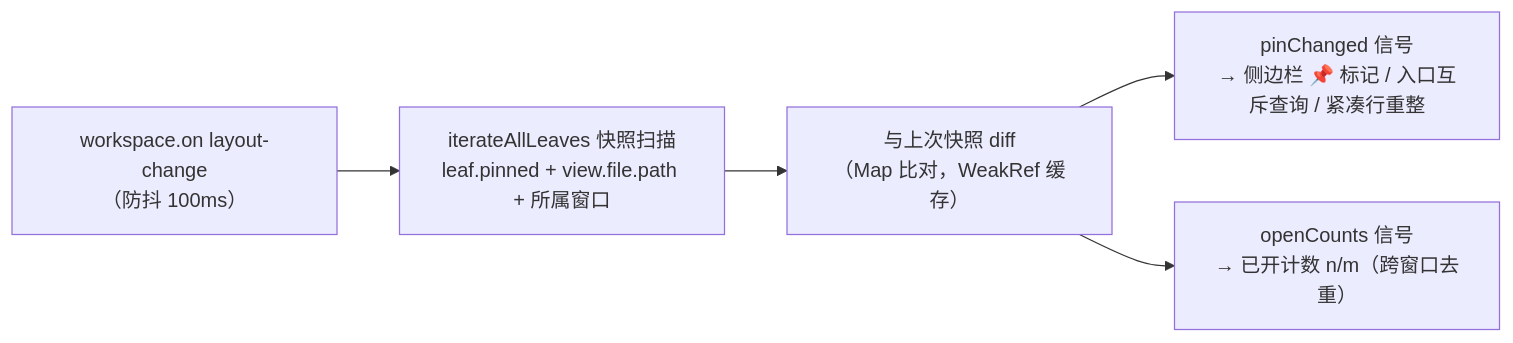
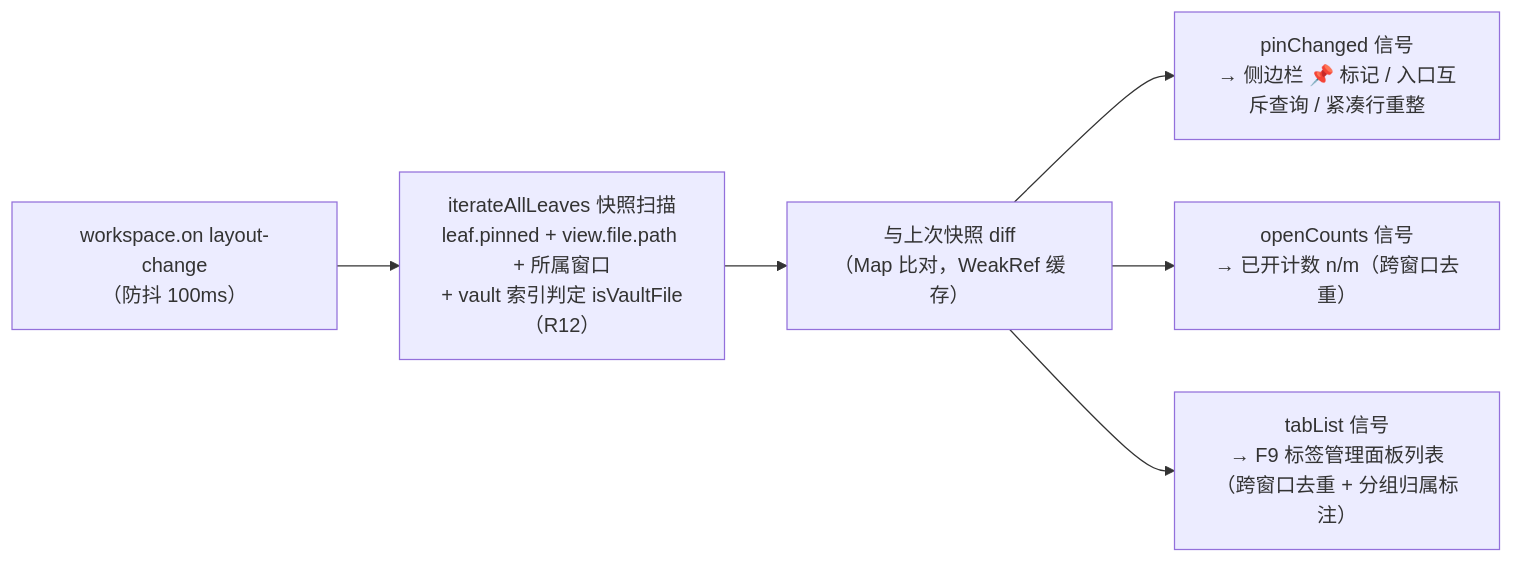
The fourth of 4 diagrams in docs/DESIGN.md (iceblyte/tab-tray), drawn with Mermaid before and after one commit. The commit also changed other lines of this file and 5 other files, not shown here.

````diff
--- a/docs/DESIGN.md
+++ b/docs/DESIGN.md
@@ -459,7 +464,8 @@
 ```mermaid
 flowchart LR
-    LC["workspace.on layout-change<br/>（防抖 100ms）"] --> SCAN["iterateAllLeaves 快照扫描<br/>leaf.pinned + view.file.path + 所属窗口"]
+    LC["workspace.on layout-change<br/>（防抖 100ms）"] --> SCAN["iterateAllLeaves 快照扫描<br/>leaf.pinned + view.file.path + 所属窗口<br/>+ vault 索引判定 isVaultFile（R12）"]
     SCAN --> DIFF["与上次快照 diff<br/>（Map 比对，WeakRef 缓存）"]
     DIFF --> SIG1["pinChanged 信号<br/>→ 侧边栏 📌 标记 / 入口互斥查询 / 紧凑行重整"]
     DIFF --> SIG2["openCounts 信号<br/>→ 已开计数 n/m（跨窗口去重）"]
+    DIFF --> SIG3["tabList 信号<br/>→ F9 标签管理面板列表（跨窗口去重 + 分组归属标注）"]
 ```
````
